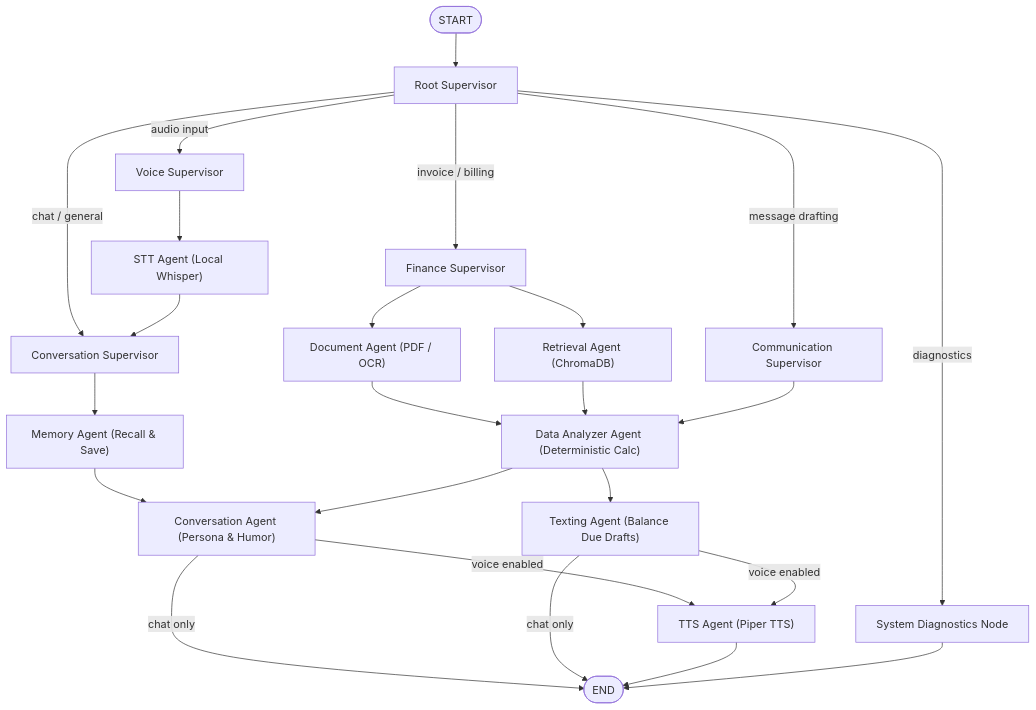
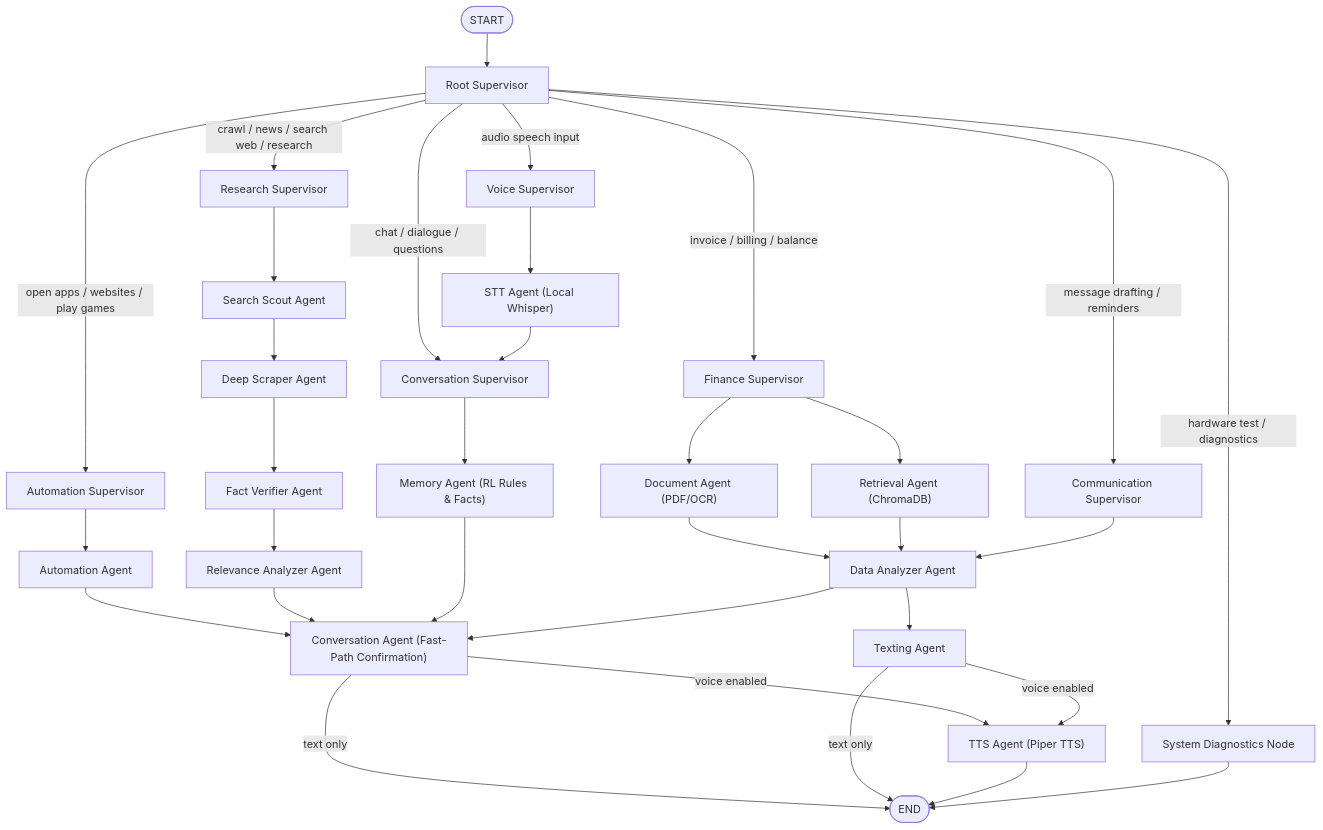
One commit to sn740698-cell/Momo_tech changed the second of 3 diagrams in README.md. Above: the diagram before and after it, drawn with Mermaid. The commit also changed other lines of this file and 75 other files, not shown here.

Commit message:
feat(system): enhance video streaming, facial expression detection, desktop automation, web crawling, reinforcement learning, and add 30-command dual-pass test suite with full documentation

````diff
--- a/README.md
+++ b/README.md
@@ -118,32 +142,43 @@
 ```mermaid
 flowchart TD
     Start([START]) --> Root["Root Supervisor"]
     
-    Root -->|chat / general| ConvSup["Conversation Supervisor"]
-    Root -->|invoice / billing| FinSup["Finance Supervisor"]
-    Root -->|message drafting| CommSup["Communication Supervisor"]
-    Root -->|audio input| VoxSup["Voice Supervisor"]
-    Root -->|diagnostics| SysNode["System Diagnostics Node"]
+    Root -->|chat / dialogue / questions| ConvSup["Conversation Supervisor"]
+    Root -->|open apps / websites / play games| AutoSup["Automation Supervisor"]
+    Root -->|crawl / news / search web / research| ResSup["Research Supervisor"]
+    Root -->|invoice / billing / balance| FinSup["Finance Supervisor"]
+    Root -->|message drafting / reminders| CommSup["Communication Supervisor"]
+    Root -->|audio speech input| VoxSup["Voice Supervisor"]
+    Root -->|hardware test / diagnostics| SysNode["System Diagnostics Node"]
 
-    ConvSup --> MemAgent["Memory Agent (Recall & Save)"]
-    MemAgent --> ConvAgent["Conversation Agent (Persona & Humor)"]
+    AutoSup --> AutoAgent["Automation Agent"]
+    AutoAgent --> ConvAgent["Conversation Agent (Fast-Path Confirmation)"]
 
-    FinSup --> DocAgent["Document Agent (PDF / OCR)"]
+    ResSup --> SearchScout["Search Scout Agent"]
+    SearchScout --> DeepScraper["Deep Scraper Agent"]
+    DeepScraper --> FactVerifier["Fact Verifier Agent"]
+    FactVerifier --> RelevanceAnalyzer["Relevance Analyzer Agent"]
+    RelevanceAnalyzer --> ConvAgent
+
+    ConvSup --> MemAgent["Memory Agent (RL Rules & Facts)"]
+    MemAgent --> ConvAgent
+
+    FinSup --> DocAgent["Document Agent (PDF/OCR)"]
     FinSup --> RetAgent["Retrieval Agent (ChromaDB)"]
-    DocAgent --> DataAgent["Data Analyzer Agent (Deterministic Calc)"]
+    DocAgent --> DataAgent["Data Analyzer Agent"]
     RetAgent --> DataAgent
     DataAgent --> ConvAgent
 
     CommSup --> DataAgent
-    DataAgent --> TextAgent["Texting Agent (Balance Due Drafts)"]
+    DataAgent --> TextAgent["Texting Agent"]
 
     VoxSup --> STTAgent["STT Agent (Local Whisper)"]
     STTAgent --> ConvSup
 
     ConvAgent -->|voice enabled| TTSAgent["TTS Agent (Piper TTS)"]
-    ConvAgent -->|chat only| End([END])
+    ConvAgent -->|text only| End([END])
     TextAgent -->|voice enabled| TTSAgent
-    TextAgent -->|chat only| End
+    TextAgent -->|text only| End
     TTSAgent --> End
     SysNode --> End
 ```
````
